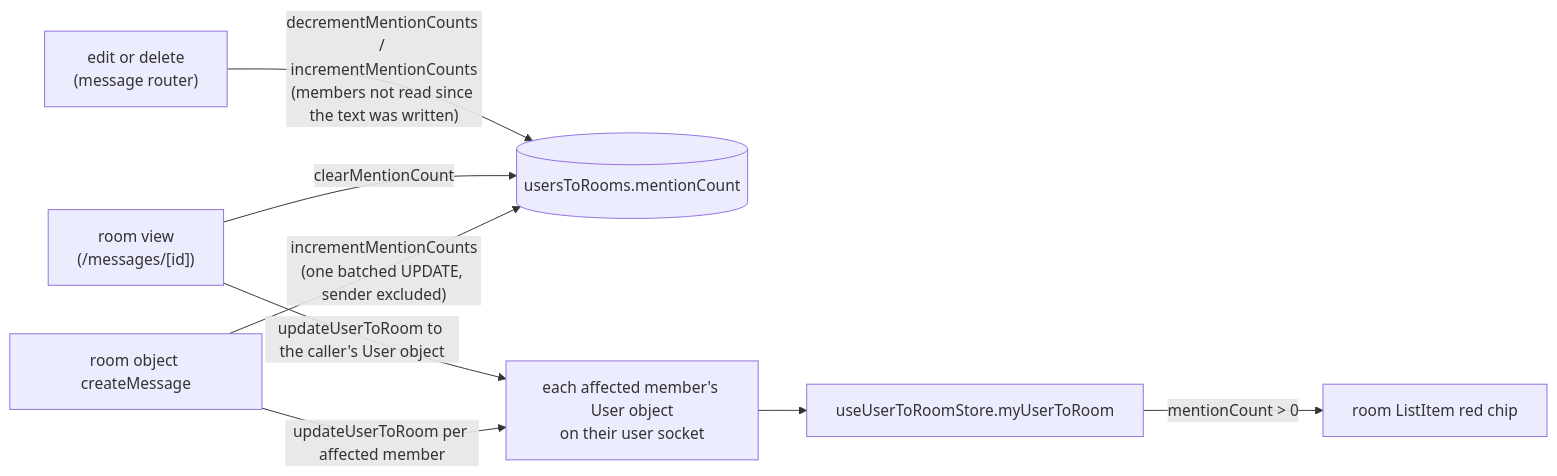
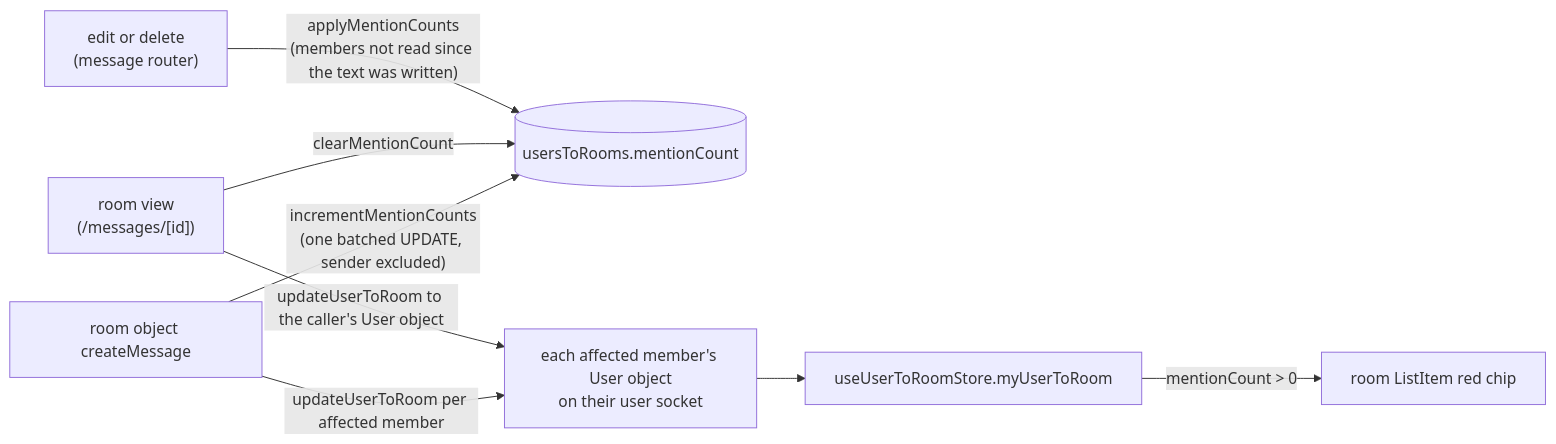
One commit to Esposter/Esposter changed the diagram in openspec/specs/esbabbler/mention-badges/design.md. Above: the diagram before and after it, drawn with Mermaid. The commit also changed 13 other files, not shown here.

````diff
--- a/openspec/specs/esbabbler/mention-badges/design.md
+++ b/openspec/specs/esbabbler/mention-badges/design.md
@@ -23,10 +23,10 @@
 ```mermaid
 flowchart LR
   CM["room object createMessage"] -->|"incrementMentionCounts<br/>(one batched UPDATE, sender excluded)"| DB[("usersToRooms.mentionCount")]
   VIEW["room view<br/>(/messages/[id])"] -->|"clearMentionCount"| DB
   CM -->|"updateUserToRoom per affected member"| UO["each affected member's User object<br/>on their user socket"]
-  ED["edit or delete<br/>(message router)"] -->|"decrementMentionCounts / incrementMentionCounts<br/>(members not read since the text was written)"| DB
+  ED["edit or delete<br/>(message router)"] -->|"applyMentionCounts<br/>(members not read since the text was written)"| DB
   VIEW -->|"updateUserToRoom to the caller's User object"| UO
   UO --> STORE["useUserToRoomStore.myUserToRoom"]
   STORE -->|"mentionCount > 0"| CHIP["room ListItem red chip"]
 ```
````
